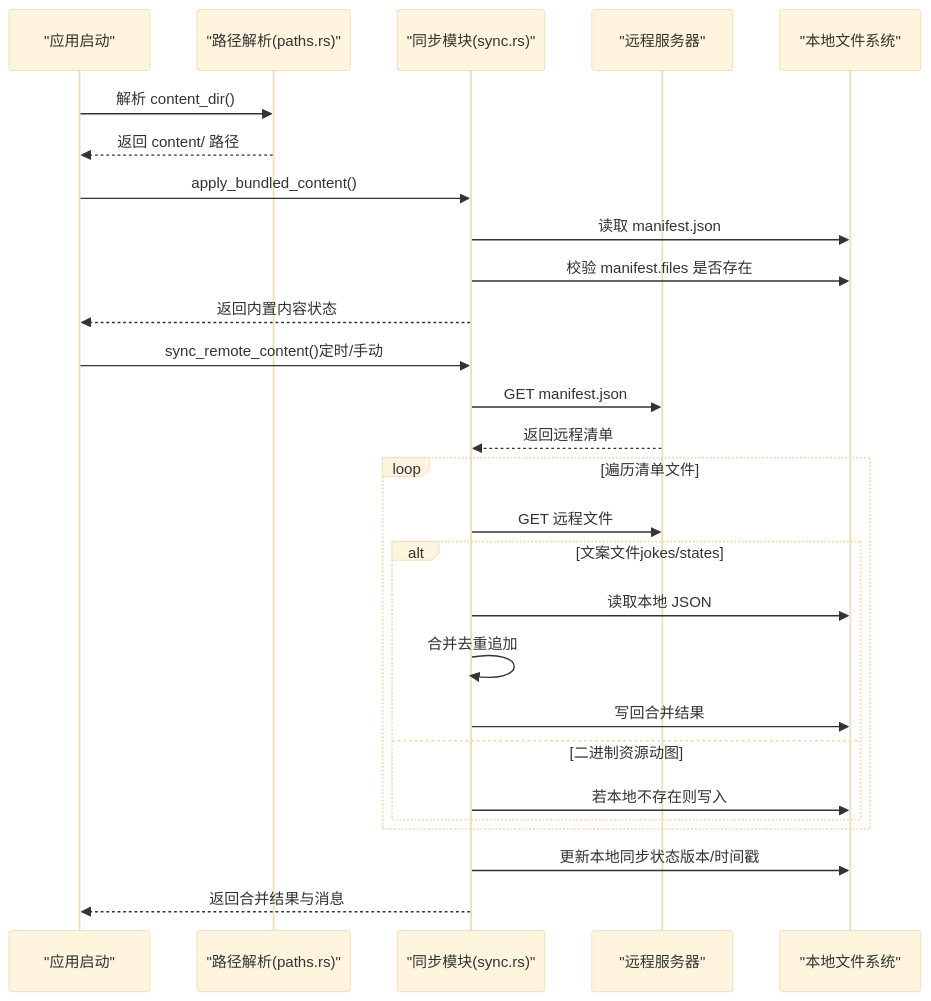
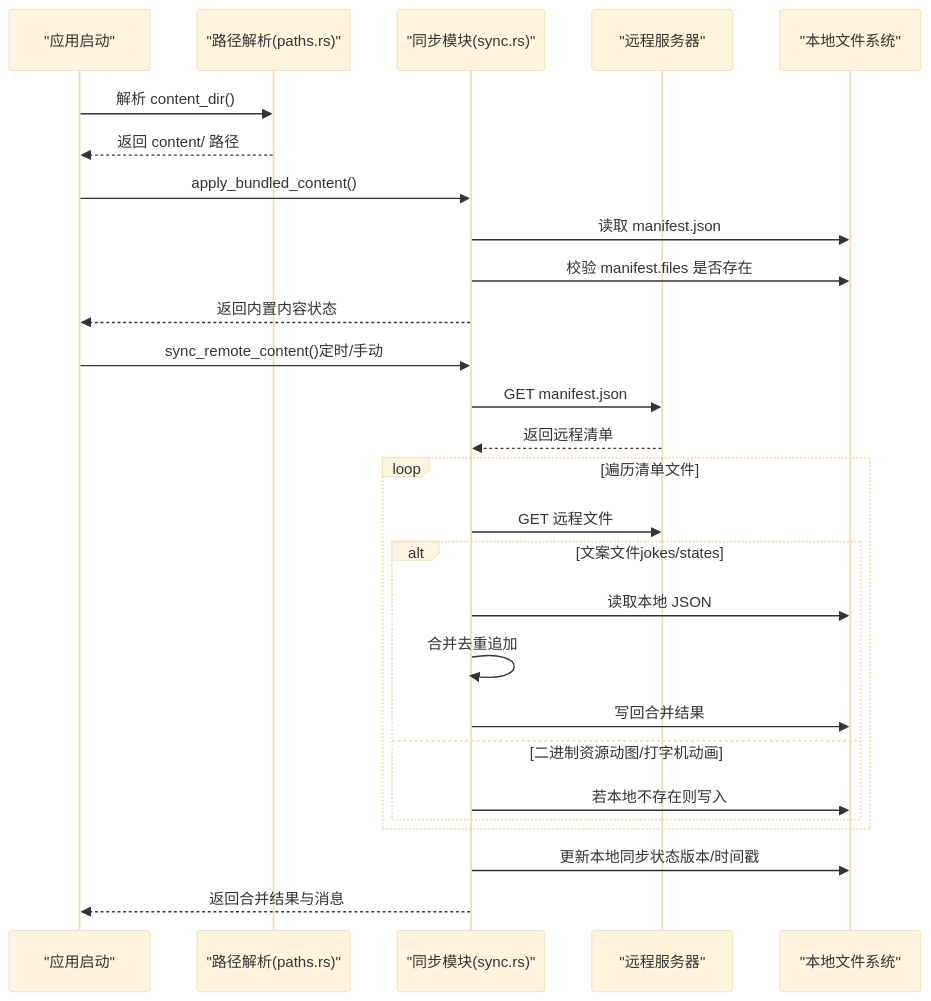
One commit to Sev73n/cursorq changed the second of 4 diagrams in .qoder/repowiki/zh/content/资源管理/内容管理.md. Above: the diagram before and after it, drawn with Mermaid (base theme). The commit also changed other lines of this file and 10 other files, not shown here.

````diff
--- a/.qoder/repowiki/zh/content/资源管理/内容管理.md
+++ b/.qoder/repowiki/zh/content/资源管理/内容管理.md
@@ -125,29 +144,29 @@
 ```mermaid
 sequenceDiagram
 participant App as "应用启动"
 participant Paths as "路径解析(paths.rs)"
 participant Sync as "同步模块(sync.rs)"
 participant Net as "远程服务器"
 participant FS as "本地文件系统"
 App->>Paths : 解析 content_dir()
 Paths-->>App : 返回 content/ 路径
 App->>Sync : apply_bundled_content()
 Sync->>FS : 读取 manifest.json
 Sync->>FS : 校验 manifest.files 是否存在
 Sync-->>App : 返回内置内容状态
 App->>Sync : sync_remote_content()定时/手动
 Sync->>Net : GET manifest.json
 Net-->>Sync : 返回远程清单
 loop 遍历清单文件
 Sync->>Net : GET 远程文件
 alt 文案文件jokes/states
 Sync->>FS : 读取本地 JSON
 Sync->>Sync : 合并去重追加
 Sync->>FS : 写回合并结果
-else 二进制资源动图
+else 二进制资源动图/打字机动画
 Sync->>FS : 若本地不存在则写入
 end
 end
 Sync->>FS : 更新本地同步状态版本/时间戳
 Sync-->>App : 返回合并结果与消息
 ```
````
